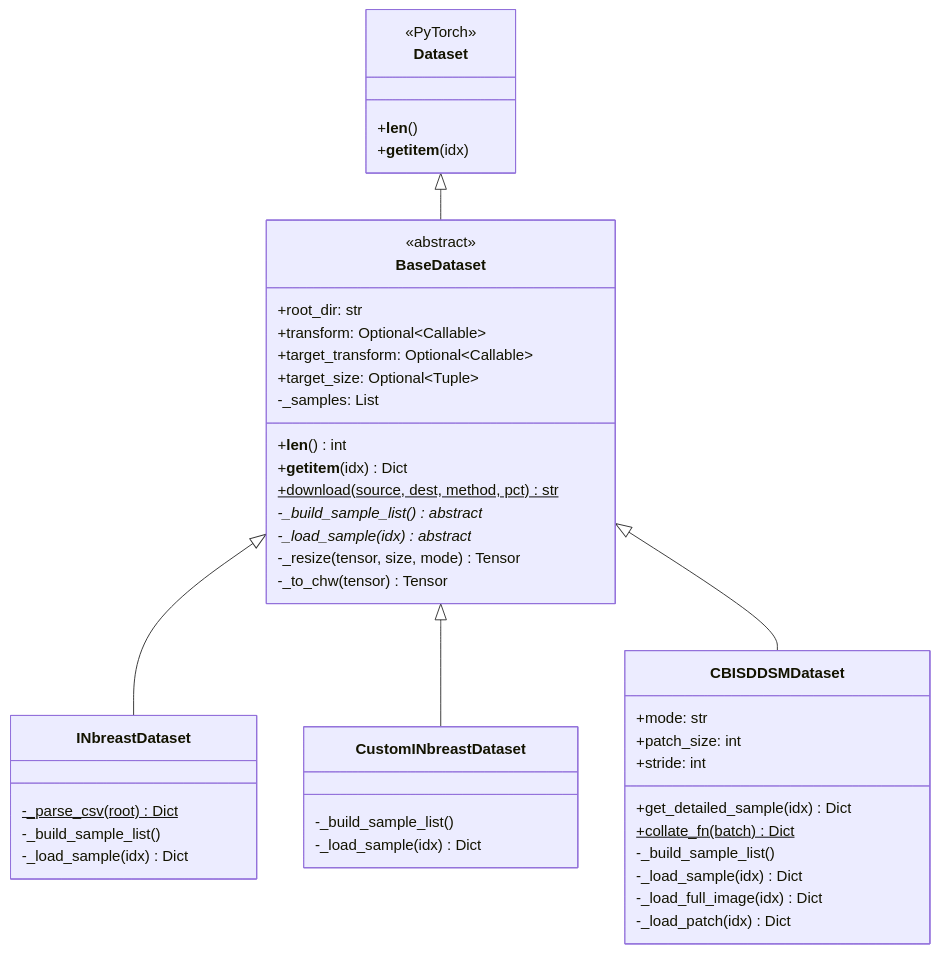
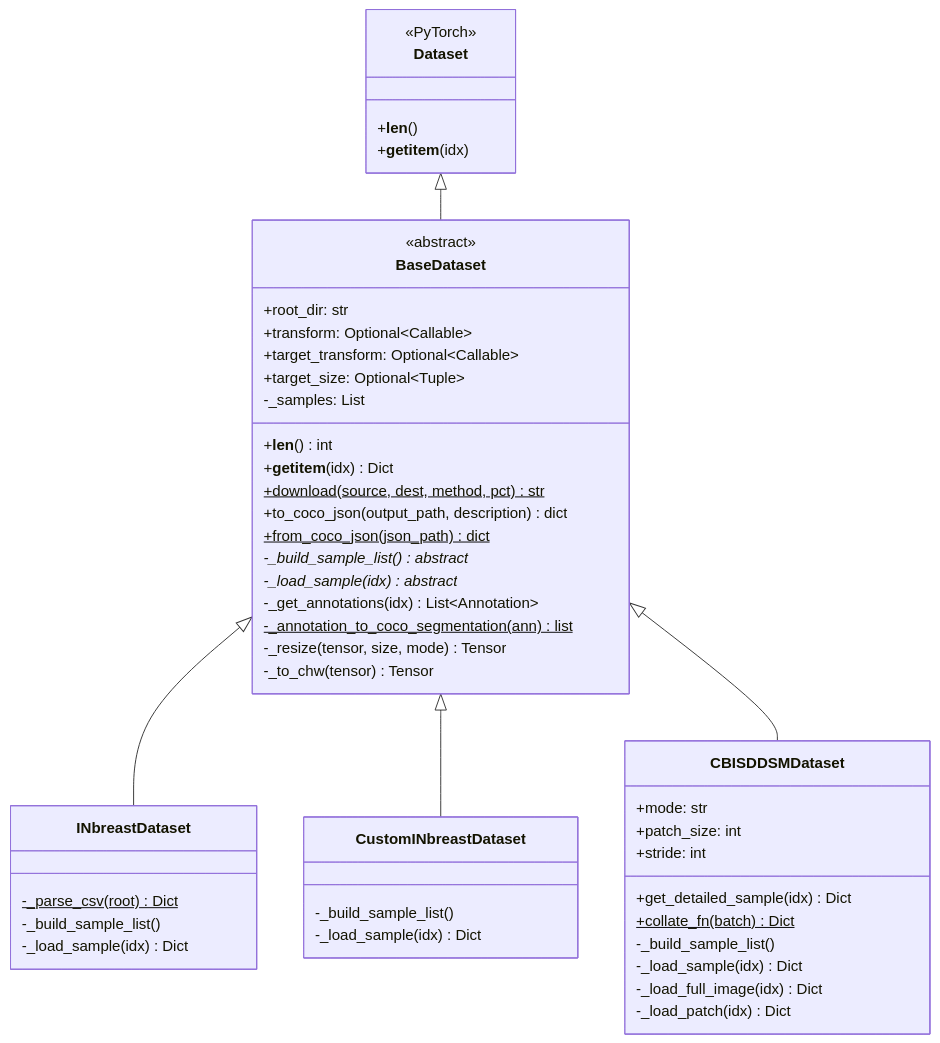
Before and after one commit to LATIS-medical-Imaging/medical-image-std: the first of 4 diagrams in docs/datasets.md, drawn with Mermaid. The commit also changed other lines of this file and 3 other files, not shown here.

````diff
--- a/docs/datasets.md
+++ b/docs/datasets.md
@@ -95,52 +117,56 @@
 ```mermaid
 classDiagram
     class Dataset {
         <<PyTorch>>
         +__len__()
         +__getitem__(idx)
     }
 
     class BaseDataset {
         <<abstract>>
         +root_dir: str
         +transform: Optional~Callable~
         +target_transform: Optional~Callable~
         +target_size: Optional~Tuple~
         -_samples: List
         +__len__() int
         +__getitem__(idx) Dict
         +download(source, dest, method, pct)$ str
+        +to_coco_json(output_path, description) dict
+        +from_coco_json(json_path)$ dict
         -_build_sample_list()* abstract
         -_load_sample(idx)* abstract
+        -_get_annotations(idx) List~Annotation~
+        -_annotation_to_coco_segmentation(ann)$ list
         -_resize(tensor, size, mode) Tensor
         -_to_chw(tensor) Tensor
     }
 
     class INbreastDataset {
         -_parse_csv(root)$ Dict
         -_build_sample_list()
         -_load_sample(idx) Dict
     }
 
     class CustomINbreastDataset {
         -_build_sample_list()
         -_load_sample(idx) Dict
     }
 
     class CBISDDSMDataset {
         +mode: str
         +patch_size: int
         +stride: int
         +get_detailed_sample(idx) Dict
         +collate_fn(batch)$ Dict
         -_build_sample_list()
         -_load_sample(idx) Dict
         -_load_full_image(idx) Dict
         -_load_patch(idx) Dict
     }
 
     Dataset <|-- BaseDataset
     BaseDataset <|-- INbreastDataset
     BaseDataset <|-- CustomINbreastDataset
     BaseDataset <|-- CBISDDSMDataset
 ```
````
